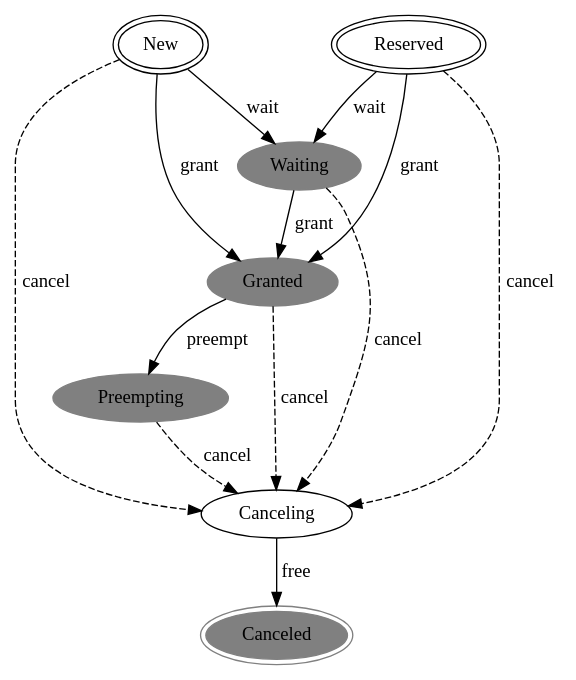
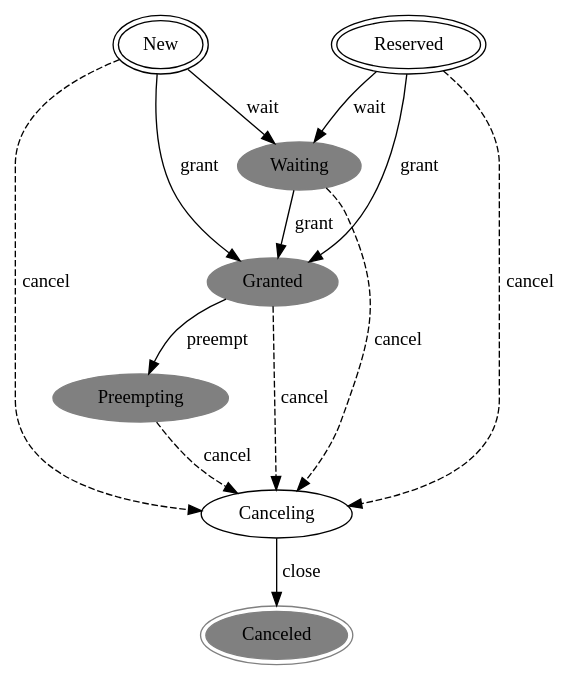
One commit to utexas-bwi/rocon_scheduler_requests changed the diagram in doc/state_transitions.dot. Above: the diagram before and after it, drawn with Graphviz. The commit also changed 4 other files, not shown here.

First line of the commit message:
rename RequestReply.free() to close() (#18)

```diff
--- a/doc/state_transitions.dot
+++ b/doc/state_transitions.dot
@@ -1,21 +1,21 @@
 digraph state_transitions {
    New [peripheries=2]
    Reserved [peripheries=2]
    Reserved -> Waiting [label="wait"]
    Reserved -> Granted [label="grant"]
    Reserved -> Canceling [label="cancel", style="dashed"]
    New -> Waiting [label="wait"]
    New -> Granted [label="grant"]
    New -> Canceling [label="cancel", style="dashed"]
    Waiting [style="filled", color="grey"]
    Waiting -> Granted [label="grant"]
    Waiting -> Canceling [label="cancel", style="dashed"]
    Granted [style="filled", color="grey"]
    Granted -> Preempting [label="preempt"]
    Granted -> Canceling [label="cancel", style="dashed"]
    Preempting [style="filled", color="grey"]
    Preempting -> Canceling [label="cancel", style="dashed"]
    Canceling
-   Canceling -> Canceled [label="free"]
+   Canceling -> Canceled [label="close"]
    Canceled [peripheries=2, style="filled", color="grey"]
 }
```
